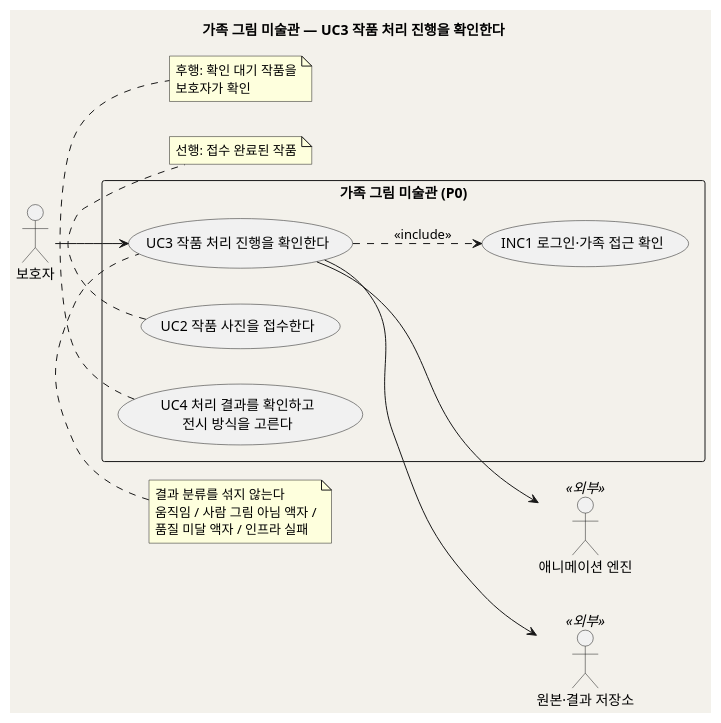
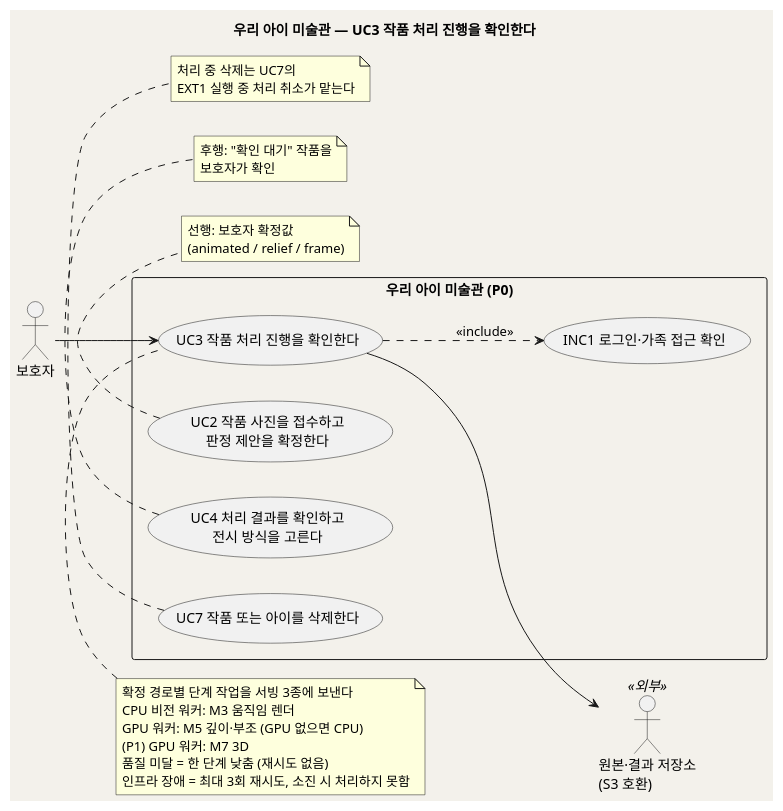
Before and after one commit to kids-gallery/uri-gallery: the first of 2 diagrams in design/UC_03_처리진행확인.md, drawn with PlantUML. The commit also changed other lines of this file and 23 other files, not shown here.

````diff
--- a/design/UC_03_처리진행확인.md
+++ b/design/UC_03_처리진행확인.md
@@ -50,37 +64,44 @@
 ```plantuml
-@startuml uc_family_gallery_03
+@startuml uc_our_child_gallery_03
 skinparam backgroundColor #F3F1EB
 skinparam shadowing false
 left to right direction
-title 가족 그림 미술관 — UC3 작품 처리 진행을 확인한다
+title 우리 아이 미술관 — UC3 작품 처리 진행을 확인한다
 
 actor "보호자" as Parent
-actor "애니메이션 엔진" as Engine <<외부>>
-actor "원본·결과 저장소" as Store <<외부>>
+actor "원본·결과 저장소\n(S3 호환)" as Store <<외부>>
 
-rectangle "가족 그림 미술관 (P0)" {
+rectangle "우리 아이 미술관 (P0)" {
   usecase "UC3 작품 처리 진행을 확인한다" as UC3
   usecase "INC1 로그인·가족 접근 확인" as INC1
-  usecase "UC2 작품 사진을 접수한다" as UC2
+  usecase "UC2 작품 사진을 접수하고\n판정 제안을 확정한다" as UC2
   usecase "UC4 처리 결과를 확인하고\n전시 방식을 고른다" as UC4
+  usecase "UC7 작품 또는 아이를 삭제한다" as UC7
 }
 
 Parent --> UC3
 UC3 ..> INC1 : <<include>>
-UC3 --> Engine
 UC3 --> Store
 
 note top of UC3
-  결과 분류를 섞지 않는다
-  움직임 / 사람 그림 아님 액자 /
-  품질 미달 액자 / 인프라 실패
+  확정 경로별 단계 작업을 서빙 3종에 보낸다
+  CPU 비전 워커: M3 움직임 렌더
+  GPU 워커: M5 깊이·부조 (GPU 없으면 CPU)
+  (P1) GPU 워커: M7 3D
+  품질 미달 = 한 단계 낮춤 (재시도 없음)
+  인프라 장애 = 최대 3회 재시도, 소진 시 처리하지 못함
 end note
 note bottom of UC2
-  선행: 접수 완료된 작품
+  선행: 보호자 확정값
+  (animated / relief / frame)
 end note
 note bottom of UC4
-  후행: 확인 대기 작품을
+  후행: "확인 대기" 작품을
   보호자가 확인
+end note
+note bottom of UC7
+  처리 중 삭제는 UC7의
+  EXT1 실행 중 처리 취소가 맡는다
 end note
 @enduml
 ```
````
